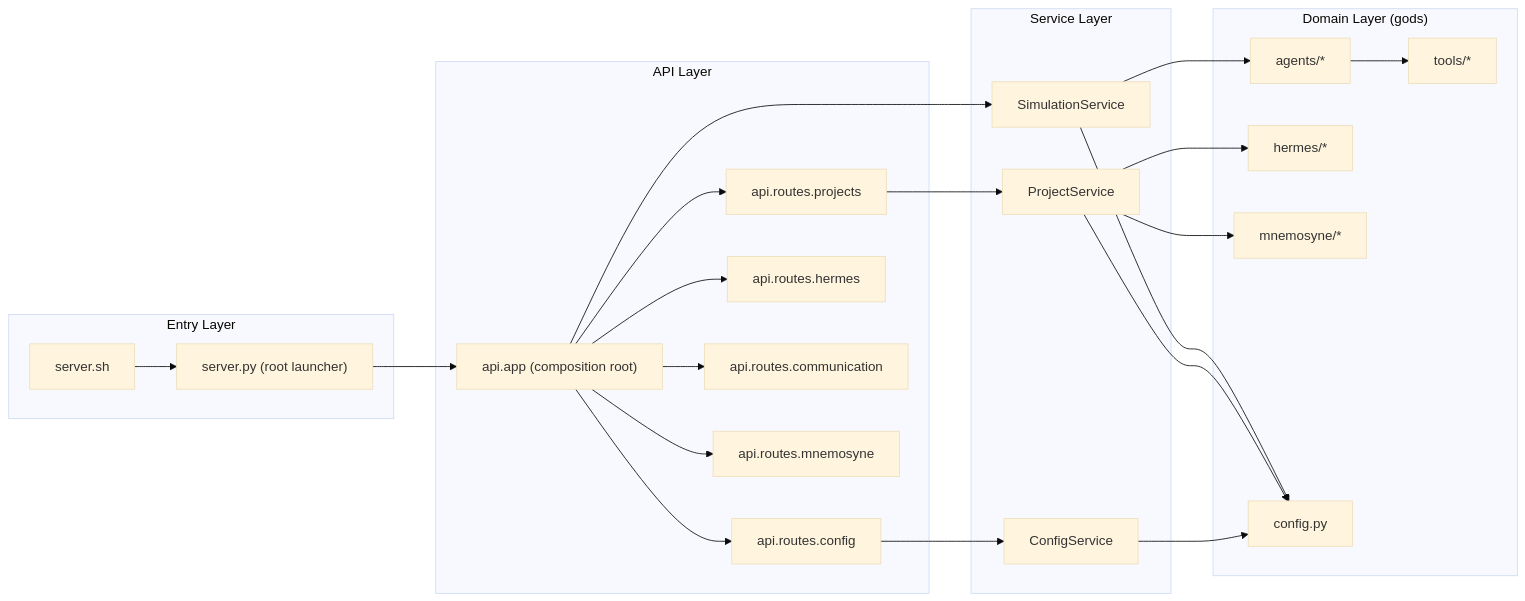
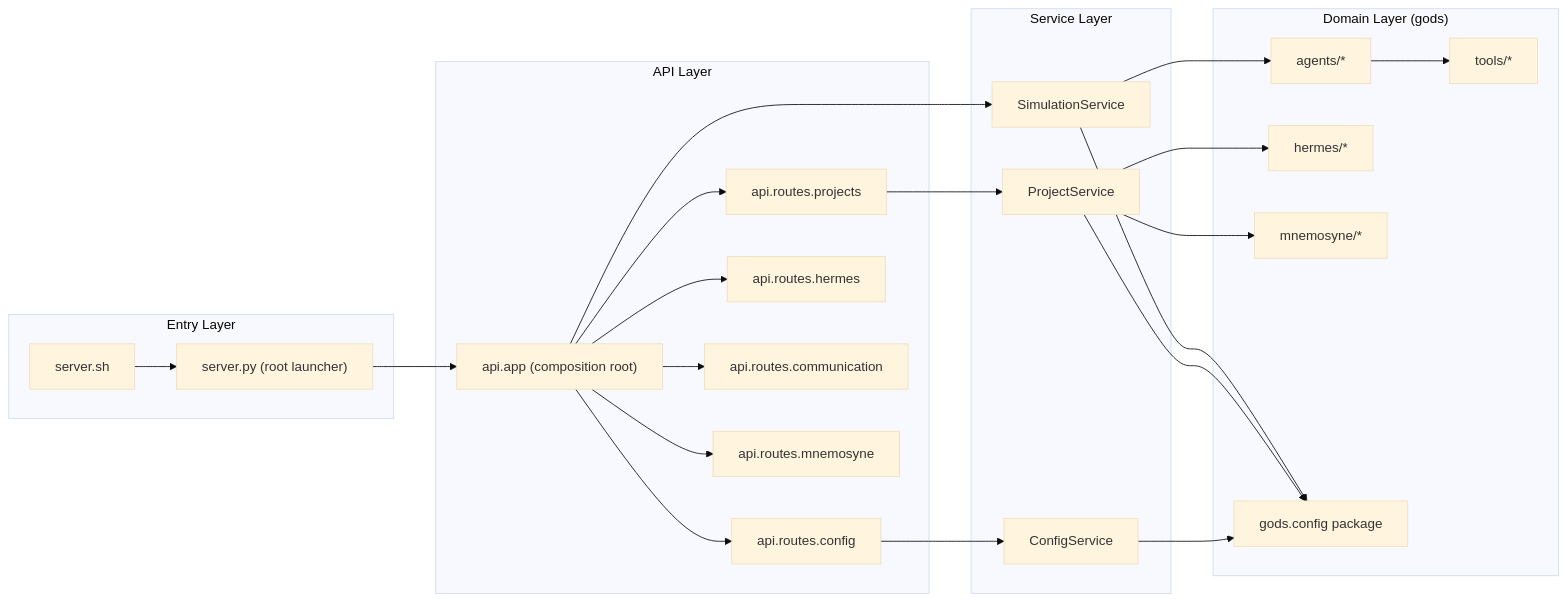
Before and after one commit to Lands54/Pantheon: the second of 30 diagrams in docs/ARCHITECTURE_MERMAID.md, drawn with Mermaid (base theme). The commit also changed other lines of this file and 91 other files, not shown here.

````diff
--- a/docs/ARCHITECTURE_MERMAID.md
+++ b/docs/ARCHITECTURE_MERMAID.md
@@ -22,41 +22,41 @@
 ```mermaid
 flowchart LR
     subgraph L0["Entry Layer"]
       SRV["server.py (root launcher)"]
       SH["server.sh"]
     end
 
     subgraph L1["API Layer"]
       APP["api.app (composition root)"]
       R1["api.routes.config"]
       R2["api.routes.projects"]
       R3["api.routes.hermes"]
       R4["api.routes.communication"]
       R5["api.routes.mnemosyne"]
     end
 
     subgraph L2["Service Layer"]
       CS["ConfigService"]
       PS["ProjectService"]
       SS["SimulationService"]
     end
 
     subgraph L3["Domain Layer (gods)"]
       AG["agents/*"]
       HM["hermes/*"]
       MN["mnemosyne/*"]
       TL["tools/*"]
-      CFG["config.py"]
+      CFG["gods.config package"]
     end
 
     SRV --> APP
     SH --> SRV
     APP --> R1 & R2 & R3 & R4 & R5
     R1 --> CS
     R2 --> PS
     APP --> SS
     CS --> CFG
     PS --> HM & MN & CFG
     SS --> AG & CFG
     AG --> TL
 ```
````
